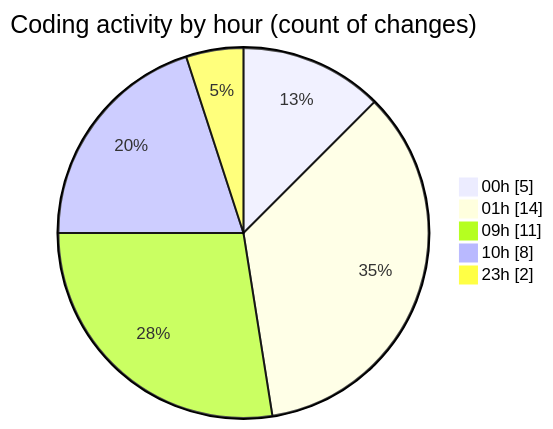
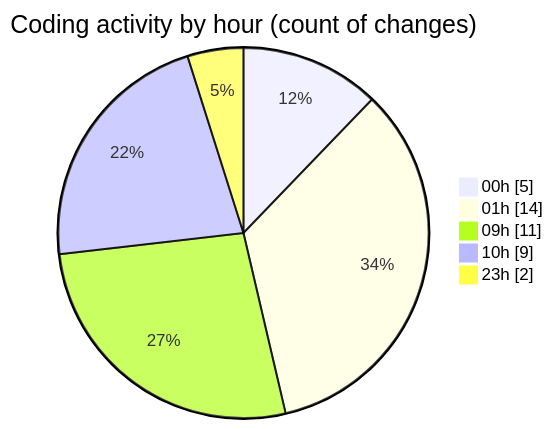
Before and after one commit to julien-gomy/code-tracking: the second of 2 diagrams in 2025-11-26/eventscop-frontend-guide__workspace_/README.md, drawn with Mermaid. The commit also changed other lines of this file and 1 other file, not shown here.

````diff
--- a/2025-11-26/eventscop-frontend-guide__workspace_/README.md
+++ b/2025-11-26/eventscop-frontend-guide__workspace_/README.md
@@ -39,9 +39,9 @@
 ```mermaid
 pie showData
 title Coding activity by hour (count of changes)
 "00h" : 5
 "01h" : 14
 "09h" : 11
-"10h" : 8
+"10h" : 9
 "23h" : 2
 ```
````
